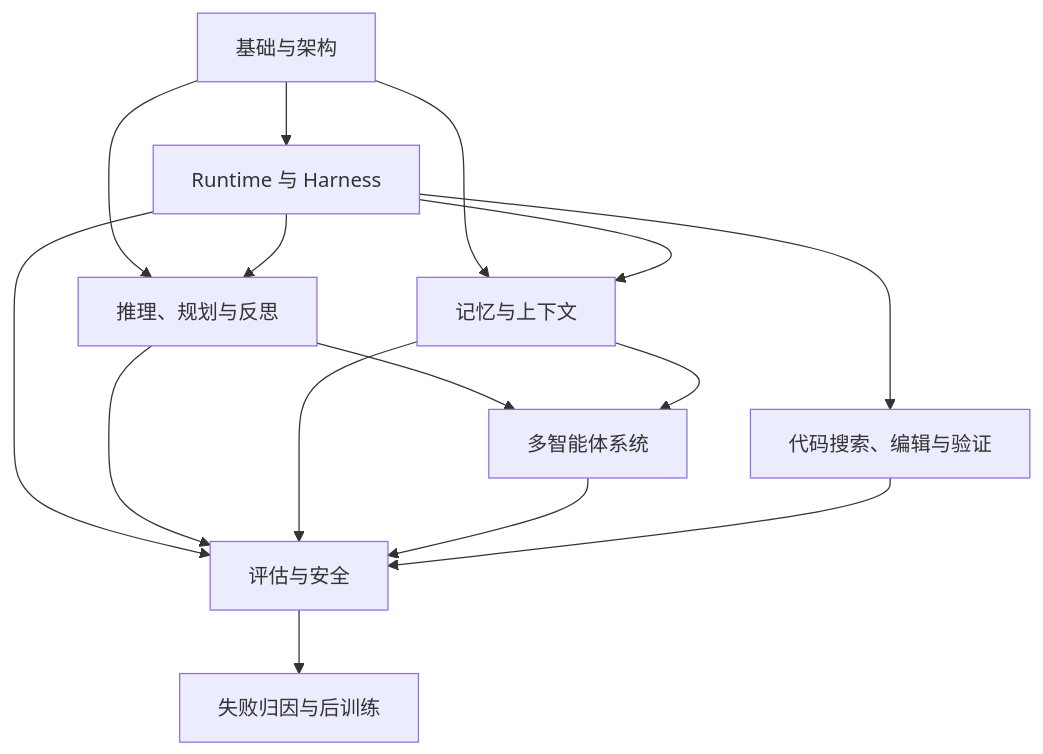
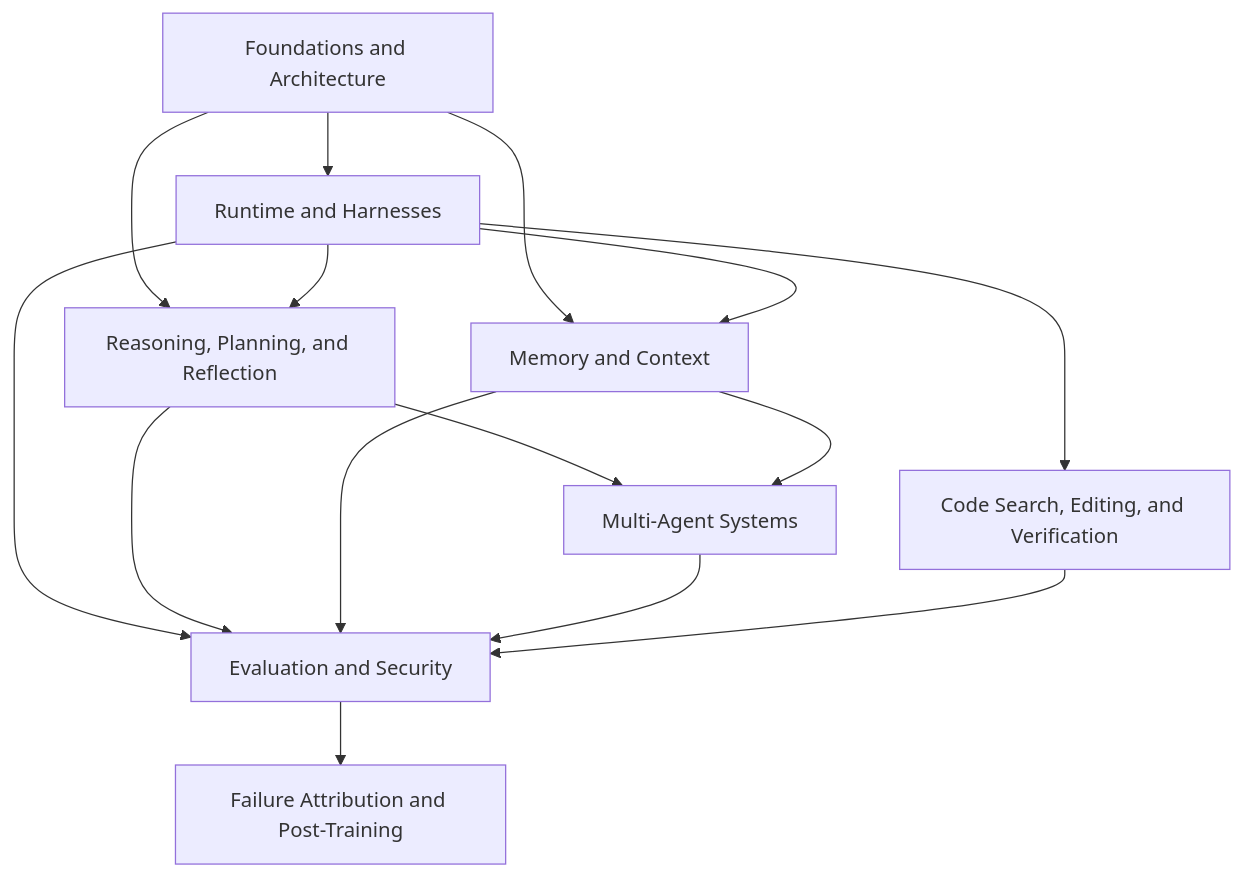
One commit to oneleaveknowsthefall/awesome-ai-roadmap changed the diagram in docs/agent/README.md. Above: the diagram before and after it, drawn with Mermaid. The commit also changed other lines of this file and 68 other files, not shown here.

````diff
--- a/docs/agent/README.md
+++ b/docs/agent/README.md
@@ -22,17 +22,17 @@
 ```mermaid
 flowchart TB
-    F[基础与架构] --> H[Runtime 与 Harness]
-    F --> R[推理、规划与反思]
-    F --> M[记忆与上下文]
+    F[Foundations and Architecture] --> H[Runtime and Harnesses]
+    F --> R[Reasoning, Planning, and Reflection]
+    F --> M[Memory and Context]
     H --> R
     H --> M
-    R --> A[多智能体系统]
+    R --> A[Multi-Agent Systems]
     M --> A
-    H --> P[评估与安全]
+    H --> P[Evaluation and Security]
     R --> P
     M --> P
     A --> P
-    H --> C[代码搜索、编辑与验证]
+    H --> C[Code Search, Editing, and Verification]
     C --> P
-    P --> T[失败归因与后训练]
+    P --> T[Failure Attribution and Post-Training]
 ```
````
